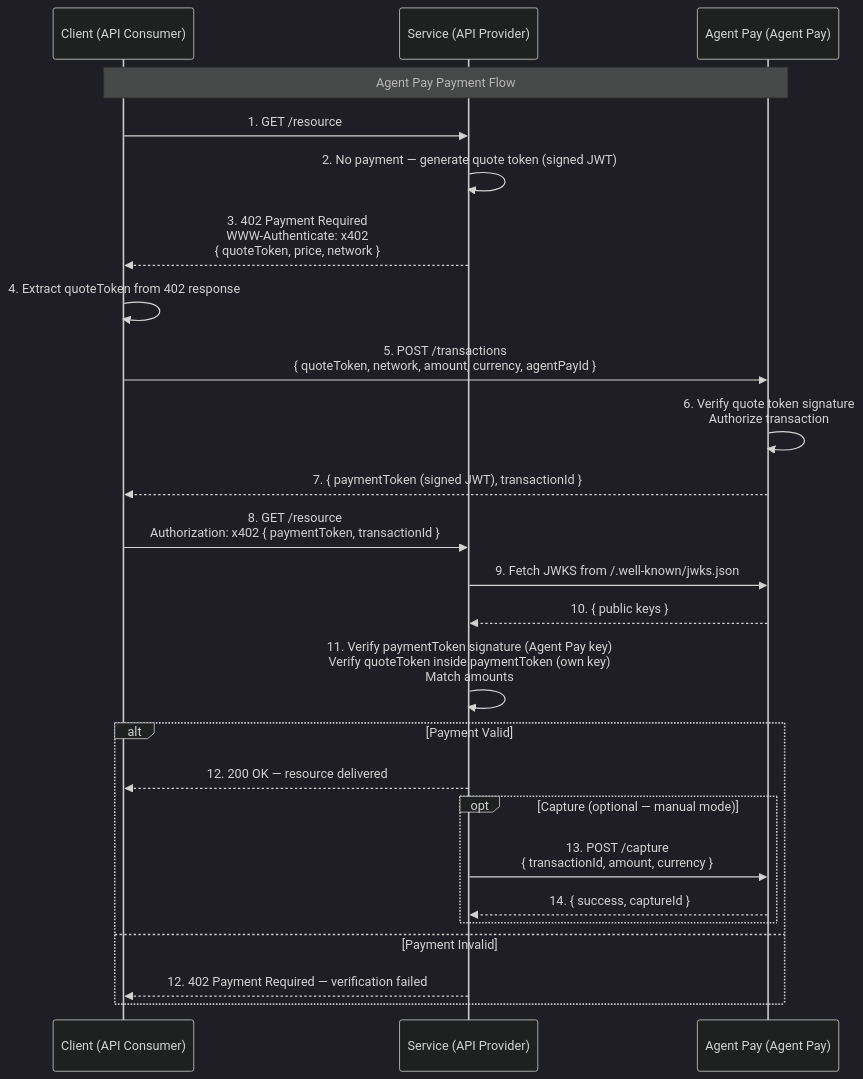
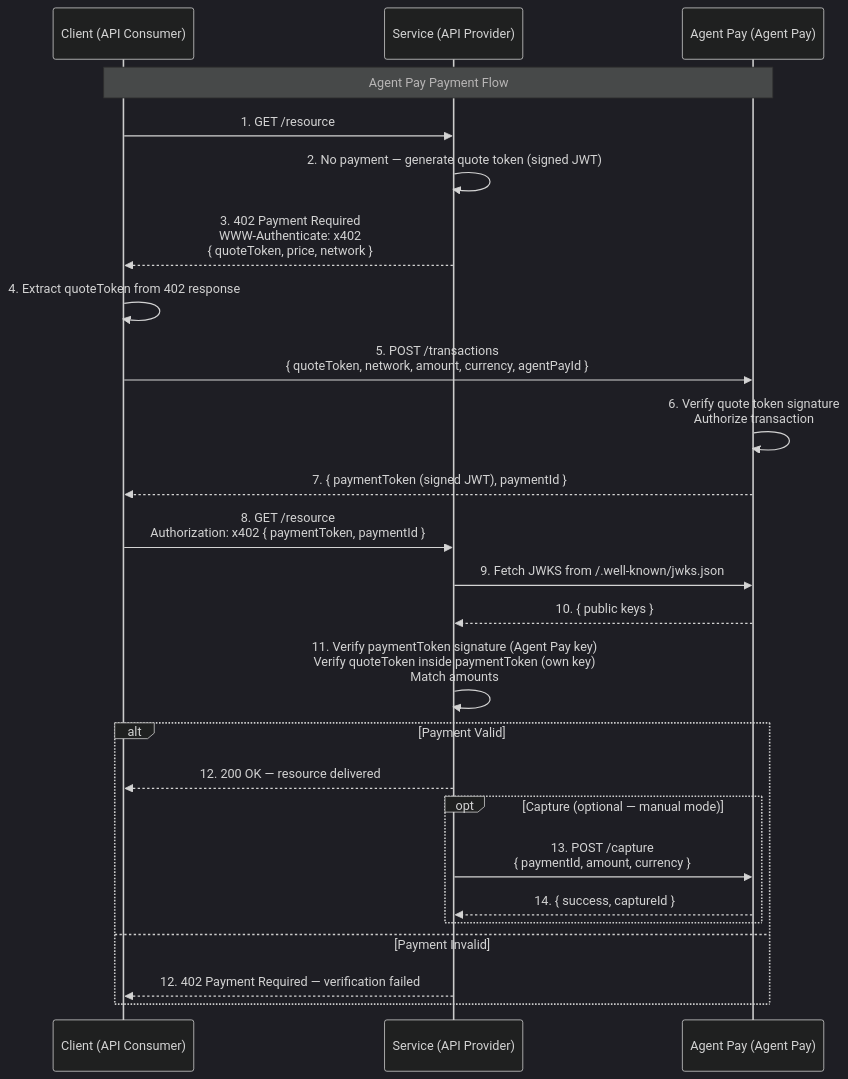
Before and after one commit to aws/fiat-extension-for-x402: the diagram in docs/agent-pay-payment-flow.mmd, drawn with Mermaid (dark theme). The commit also changed 44 other files, not shown here.

```diff
--- a/docs/agent-pay-payment-flow.mmd
+++ b/docs/agent-pay-payment-flow.mmd
@@ -1,32 +1,32 @@
 sequenceDiagram
     participant Client as Client (API Consumer)
     participant Service as Service (API Provider)
     participant AP as Agent Pay (Agent Pay)
 
     Note over Client,AP: Agent Pay Payment Flow
 
     Client->>Service: 1. GET /resource
     Service->>Service: 2. No payment — generate quote token (signed JWT)
     Service-->>Client: 3. 402 Payment Required<br/>WWW-Authenticate: x402<br/>{ quoteToken, price, network }
 
     Client->>Client: 4. Extract quoteToken from 402 response
     Client->>AP: 5. POST /transactions<br/>{ quoteToken, network, amount, currency, agentPayId }
     AP->>AP: 6. Verify quote token signature<br/>Authorize transaction
-    AP-->>Client: 7. { paymentToken (signed JWT), transactionId }
+    AP-->>Client: 7. { paymentToken (signed JWT), paymentId }
 
-    Client->>Service: 8. GET /resource<br/>Authorization: x402 { paymentToken, transactionId }
+    Client->>Service: 8. GET /resource<br/>Authorization: x402 { paymentToken, paymentId }
 
     Service->>AP: 9. Fetch JWKS from /.well-known/jwks.json
     AP-->>Service: 10. { public keys }
     Service->>Service: 11. Verify paymentToken signature (Agent Pay key)<br/>Verify quoteToken inside paymentToken (own key)<br/>Match amounts
 
     alt Payment Valid
         Service-->>Client: 12. 200 OK — resource delivered
 
         opt Capture (optional — manual mode)
-            Service->>AP: 13. POST /capture<br/>{ transactionId, amount, currency }
+            Service->>AP: 13. POST /capture<br/>{ paymentId, amount, currency }
             AP-->>Service: 14. { success, captureId }
         end
     else Payment Invalid
         Service-->>Client: 12. 402 Payment Required — verification failed
     end
```
